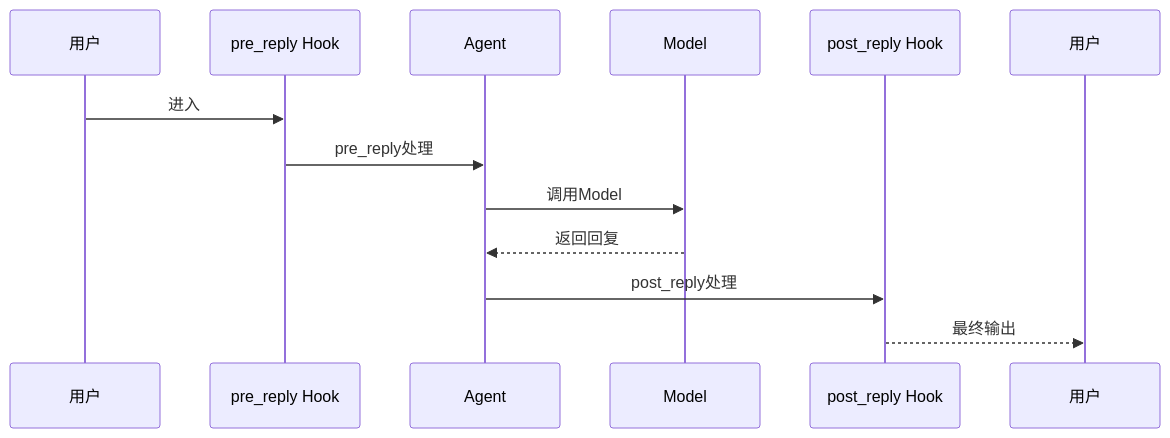
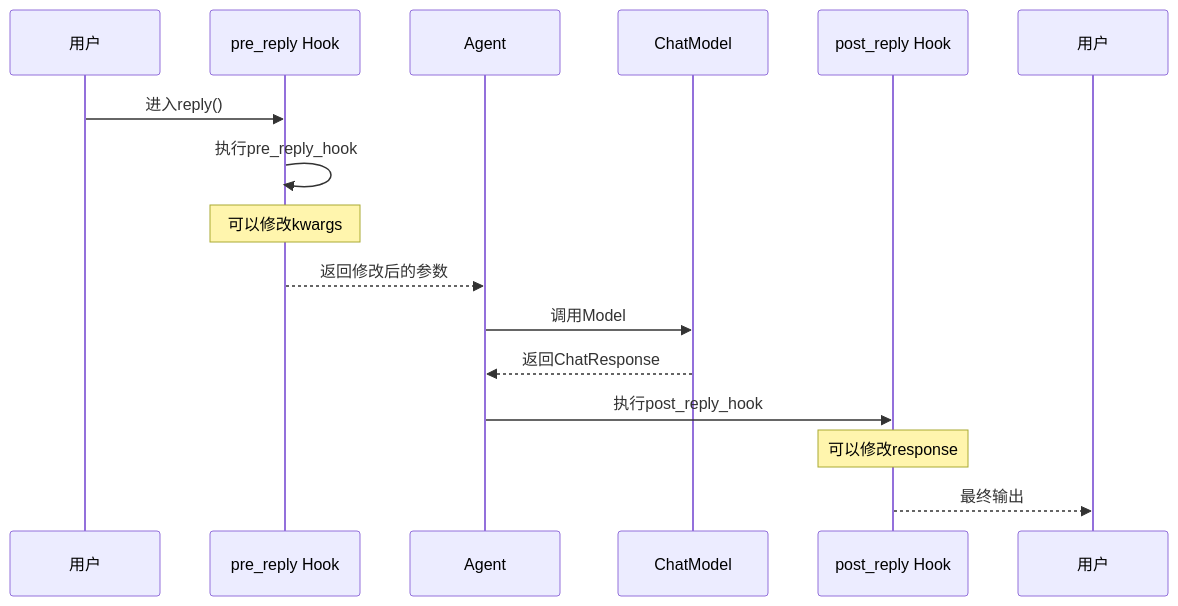
The first of 2 diagrams in teaching/book/practice/station3_agent_brain/3-2_what_is_hook.md (agentscope-ai/agentscope), drawn with Mermaid before and after one commit. The commit also changed other lines of this file and 31 other files, not shown here.

````diff
--- a/teaching/book/practice/station3_agent_brain/3-2_what_is_hook.md
+++ b/teaching/book/practice/station3_agent_brain/3-2_what_is_hook.md
@@ -89,16 +315,19 @@
 ```mermaid
 sequenceDiagram
     participant User as 用户
     participant PreH as pre_reply Hook
     participant Agent as Agent
-    participant Model as Model
+    participant Model as ChatModel
     participant PostH as post_reply Hook
     participant User2 as 用户
 
-    User->>PreH: 进入
-    PreH->>Agent: pre_reply处理
+    User->>PreH: 进入reply()
+    PreH->>PreH: 执行pre_reply_hook
+    Note over PreH: 可以修改kwargs
+    PreH-->>Agent: 返回修改后的参数
     Agent->>Model: 调用Model
-    Model-->>Agent: 返回回复
-    Agent->>PostH: post_reply处理
+    Model-->>Agent: 返回ChatResponse
+    Agent->>PostH: 执行post_reply_hook
+    Note over PostH: 可以修改response
     PostH-->>User2: 最终输出
 ```
````
